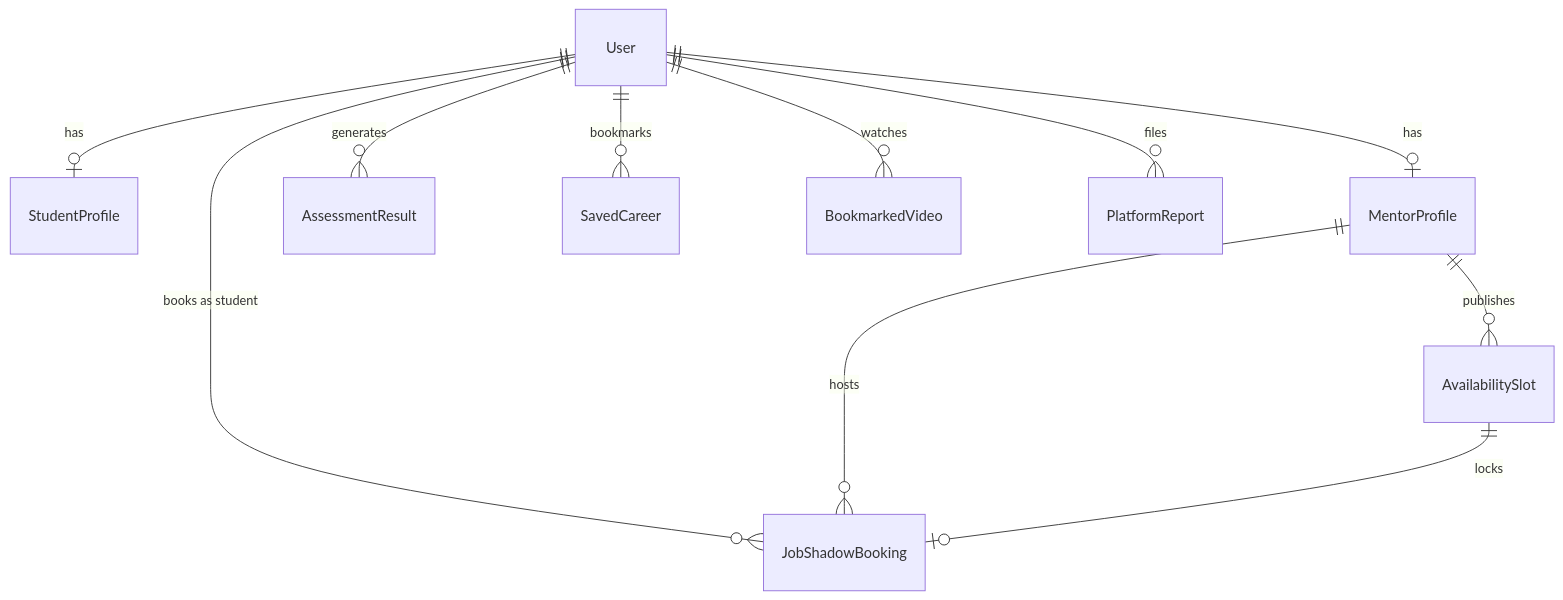
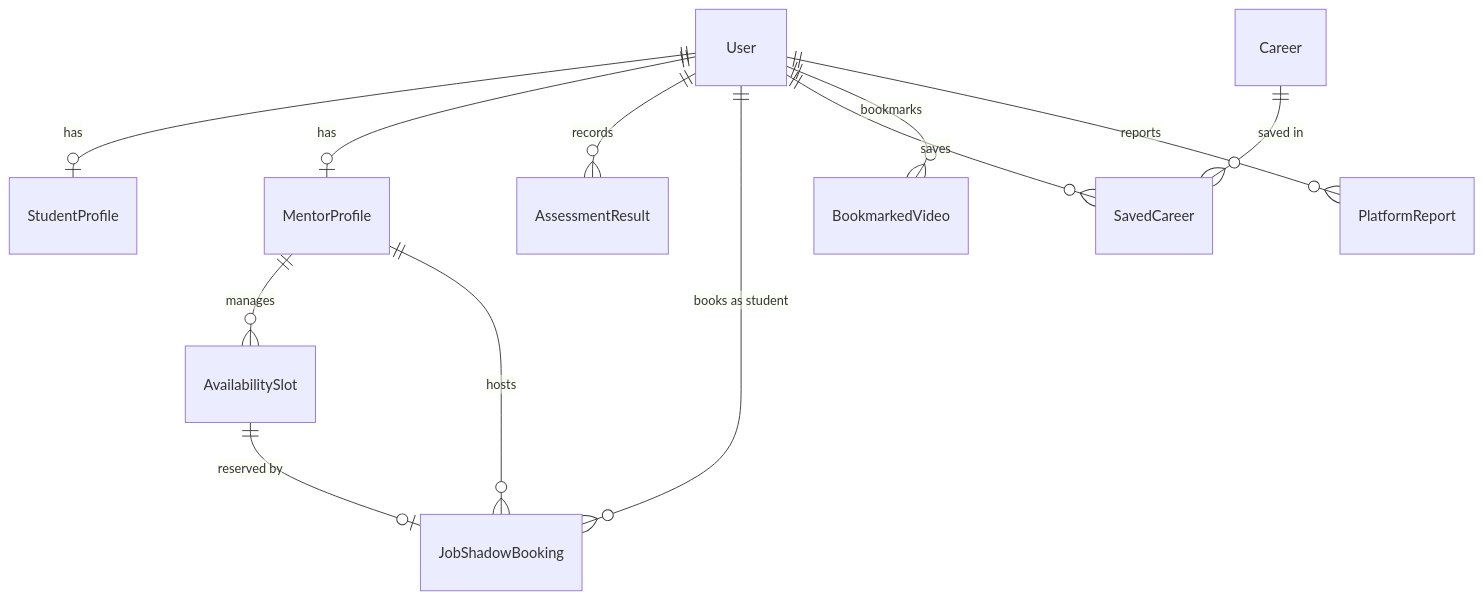
Before and after one commit to AbhinavPandey12/CarrerFind---Best-Carrer-for-You: the fourth of 4 diagrams in README.md, drawn with Mermaid. The commit also changed other lines of this file and 49 other files, not shown here.

````diff
--- a/README.md
+++ b/README.md
@@ -299,14 +224,16 @@
 ```mermaid
 erDiagram
     User ||--o| StudentProfile : "has"
     User ||--o| MentorProfile : "has"
-    User ||--o{ AssessmentResult : "generates"
+    User ||--o{ AssessmentResult : "records"
     User ||--o{ JobShadowBooking : "books as student"
-    User ||--o{ SavedCareer : "bookmarks"
-    User ||--o{ BookmarkedVideo : "watches"
-    User ||--o{ PlatformReport : "files"
+    User ||--o{ SavedCareer : "saves"
+    User ||--o{ BookmarkedVideo : "bookmarks"
+    User ||--o{ PlatformReport : "reports"
+
+    MentorProfile ||--o{ AvailabilitySlot : "manages"
+    MentorProfile ||--o{ JobShadowBooking : "hosts"
+    AvailabilitySlot ||--o| JobShadowBooking : "reserved by"
     
-    MentorProfile ||--o{ AvailabilitySlot : "publishes"
-    MentorProfile ||--o{ JobShadowBooking : "hosts"
-    AvailabilitySlot ||--o| JobShadowBooking : "locks"
+    Career ||--o{ SavedCareer : "saved in"
 ```
````
